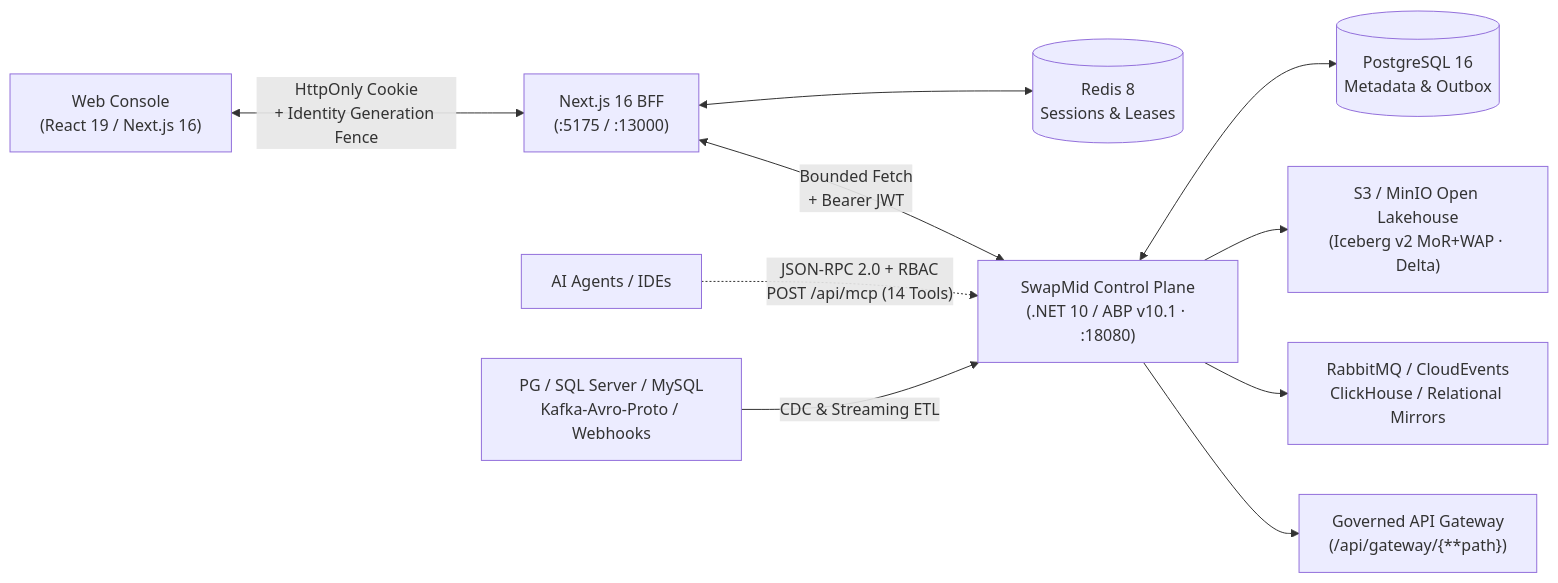
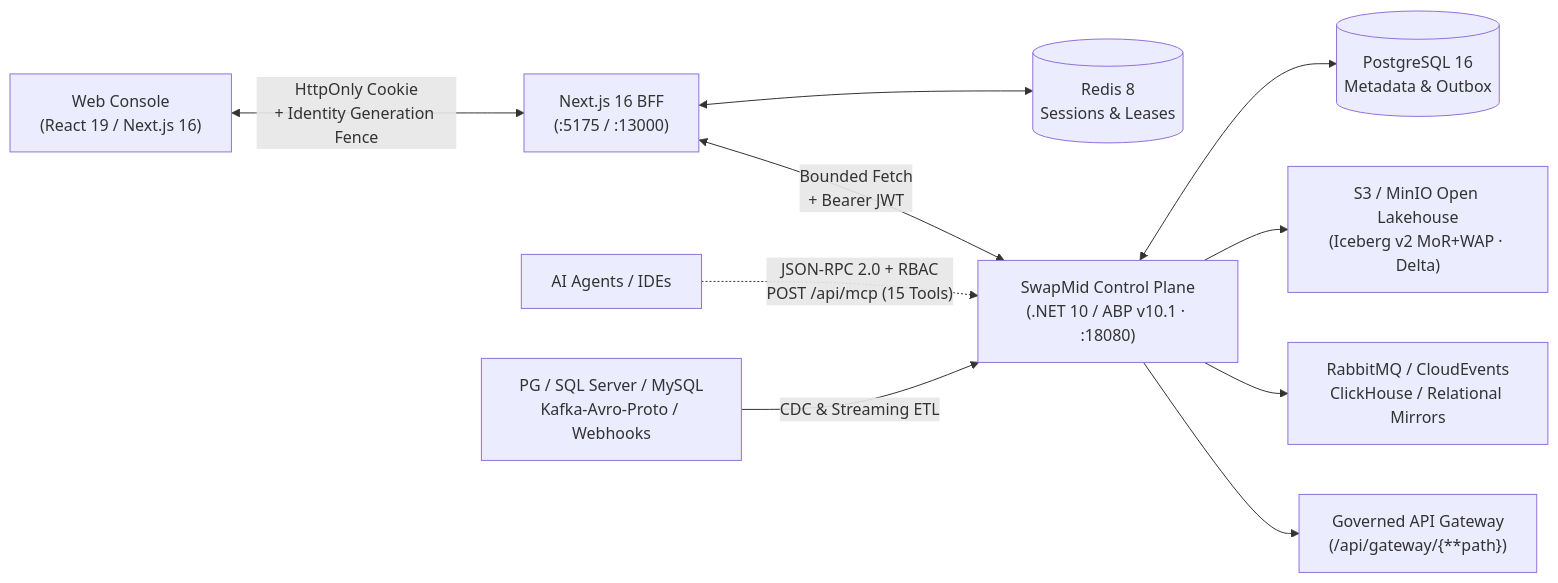
Before and after one commit to q871958549/SwapMid: the diagram in README.md, drawn with Mermaid. The commit also changed other lines of this file and 52 other files, not shown here.

Commit message:
feat(lakehouse,observability): ship v3.0.0 Iceberg v2 native Schema Evolution, OTLP Tempo tracing & MCP Tool 15

````diff
--- a/README.md
+++ b/README.md
@@ -31,12 +31,12 @@
 ```mermaid
 flowchart LR
   Browser["Web Console\n(React 19 / Next.js 16)"] <-->|"HttpOnly Cookie\n+ Identity Generation Fence"| BFF["Next.js 16 BFF\n(:5175 / :13000)"]
   BFF <--> Redis[("Redis 8\nSessions & Leases")]
   BFF <-->|"Bounded Fetch\n+ Bearer JWT"| Core["SwapMid Control Plane\n(.NET 10 / ABP v10.1 · :18080)"]
-  AI["AI Agents / IDEs"] -.->|"JSON-RPC 2.0 + RBAC\nPOST /api/mcp (14 Tools)"| Core
+  AI["AI Agents / IDEs"] -.->|"JSON-RPC 2.0 + RBAC\nPOST /api/mcp (15 Tools)"| Core
   Core <--> PG[("PostgreSQL 16\nMetadata & Outbox")]
   Sources["PG / SQL Server / MySQL\nKafka-Avro-Proto / Webhooks"] -->|"CDC & Streaming ETL"| Core
   Core --> Lake["S3 / MinIO Open Lakehouse\n(Iceberg v2 MoR+WAP · Delta)"]
   Core --> Bus["RabbitMQ / CloudEvents\nClickHouse / Relational Mirrors"]
   Core --> Upstreams["Governed API Gateway\n(/api/gateway/{**path})"]
 ```
````
